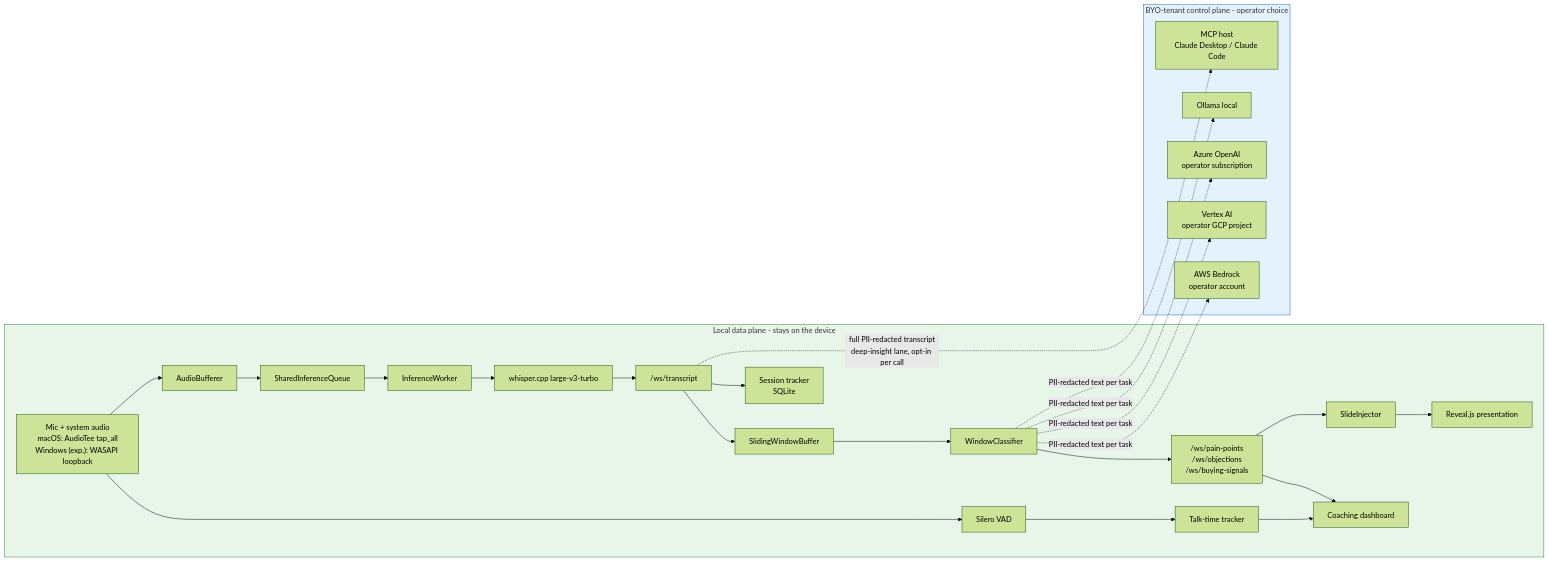
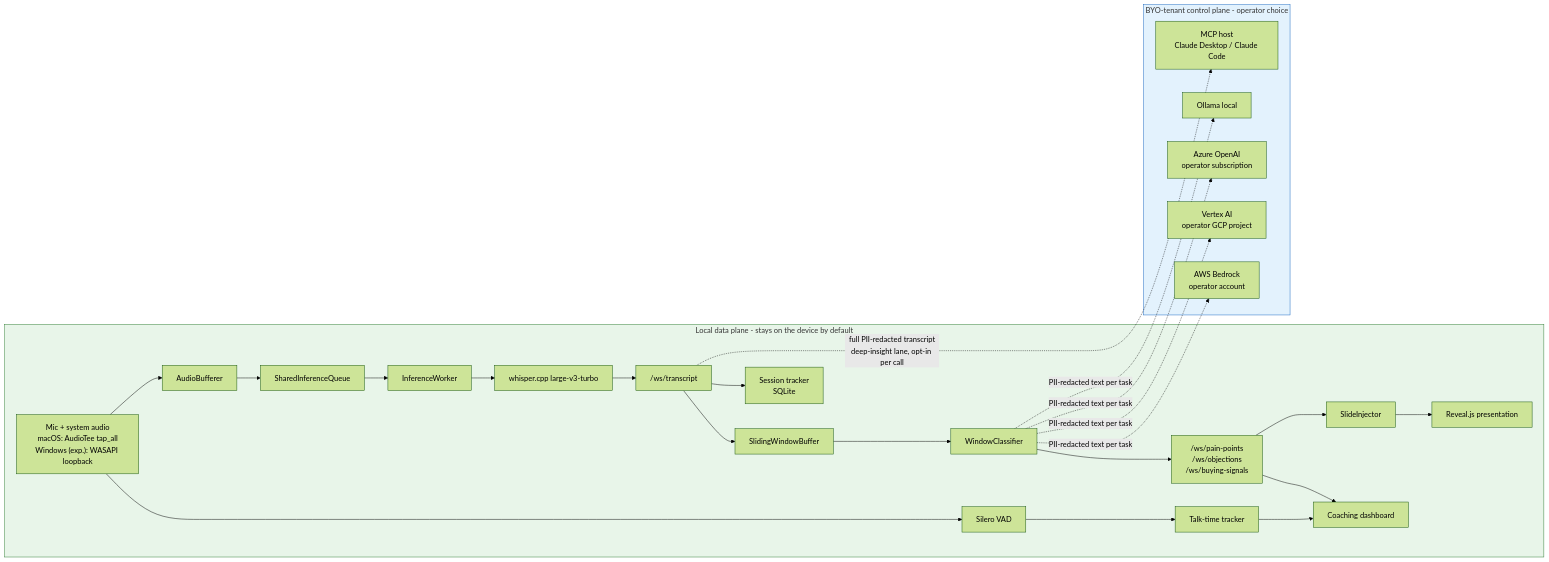
The first of 2 diagrams in docs/ARCHITECTURE.md (Vinix24/OnCue), drawn with Mermaid (forest theme) before and after one commit. The commit also changed 19 other files, not shown here.

````diff
--- a/docs/ARCHITECTURE.md
+++ b/docs/ARCHITECTURE.md
@@ -18,31 +18,31 @@
 ```mermaid
 graph LR
-    subgraph local["Local data plane - stays on the device"]
+    subgraph local["Local data plane - stays on the device by default"]
         A["Mic + system audio<br/>macOS: AudioTee tap_all<br/>Windows (exp.): WASAPI loopback"] --> B[Silero VAD]
         B --> C[Talk-time tracker]
         A --> D[AudioBufferer]
         D --> E[SharedInferenceQueue]
         E --> F[InferenceWorker]
         F --> G[whisper.cpp large-v3-turbo]
         G --> H["/ws/transcript"]
         H --> I[SlidingWindowBuffer]
         I --> J[WindowClassifier]
         J --> K["/ws/pain-points<br/>/ws/objections<br/>/ws/buying-signals"]
         K --> L[SlideInjector]
         L --> M[Reveal.js presentation]
         C --> N[Coaching dashboard]
         K --> N
         H --> O["Session tracker<br/>SQLite"]
     end
 
     subgraph tenant["BYO-tenant control plane - operator choice"]
         H -. "full PII-redacted transcript<br/>deep-insight lane, opt-in per call" .-> T["MCP host<br/>Claude Desktop / Claude Code"]
         J -. PII-redacted text per task .-> P[Ollama local]
         J -. PII-redacted text per task .-> Q[Azure OpenAI<br/>operator subscription]
         J -. PII-redacted text per task .-> R[Vertex AI<br/>operator GCP project]
         J -. PII-redacted text per task .-> S[AWS Bedrock<br/>operator account]
     end
 
     style local fill:#e8f5e9,stroke:#2e7d32
     style tenant fill:#e3f2fd,stroke:#1565c0
 ```
````
